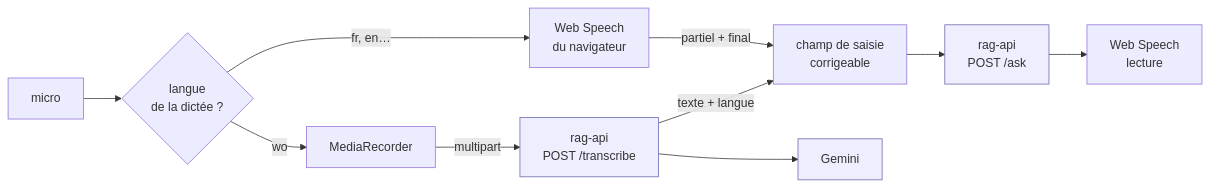
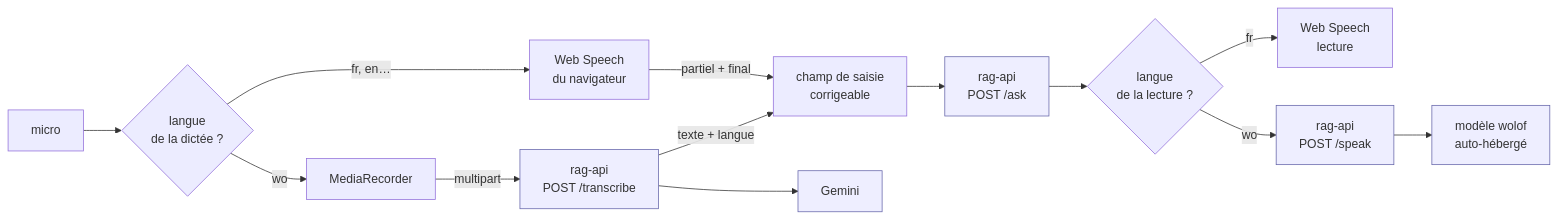
The diagram in docs/modules/chat/voix.md (vie-publique-senegal/vie-publique.sn), drawn with Mermaid before and after one commit. The commit also changed other lines of this file and 6 other files, not shown here.

First line of the commit message:
feat(voix): la lecture wolof passe par l'API, comme la dictée

````diff
--- a/docs/modules/chat/voix.md
+++ b/docs/modules/chat/voix.md
@@ -23,15 +23,18 @@
 ```mermaid
 graph LR
     MIC["micro"] --> SEL{"langue<br/>de la dictée ?"}
     SEL -->|"fr, en…"| WS["Web Speech<br/>du navigateur"]
     SEL -->|"wo"| REC["MediaRecorder"]
     WS -->|"partiel + final"| TXT["champ de saisie<br/>corrigeable"]
     REC -->|"multipart"| TR["rag-api<br/>POST /transcribe"]
     TR --> GEM["Gemini"]
     TR -->|"texte + langue"| TXT
     TXT --> ASK["rag-api<br/>POST /ask"]
-    ASK --> LEC["Web Speech<br/>lecture"]
+    ASK --> SEL2{"langue<br/>de la lecture ?"}
+    SEL2 -->|"fr"| LEC["Web Speech<br/>lecture"]
+    SEL2 -->|"wo"| SPK["rag-api<br/>POST /speak"]
+    SPK --> KIR["modèle wolof<br/>auto-hébergé"]
 
     classDef serveur fill:#eef,stroke:#66a
-    class TR,ASK,GEM serveur
+    class TR,ASK,GEM,SPK,KIR serveur
 ```
````
